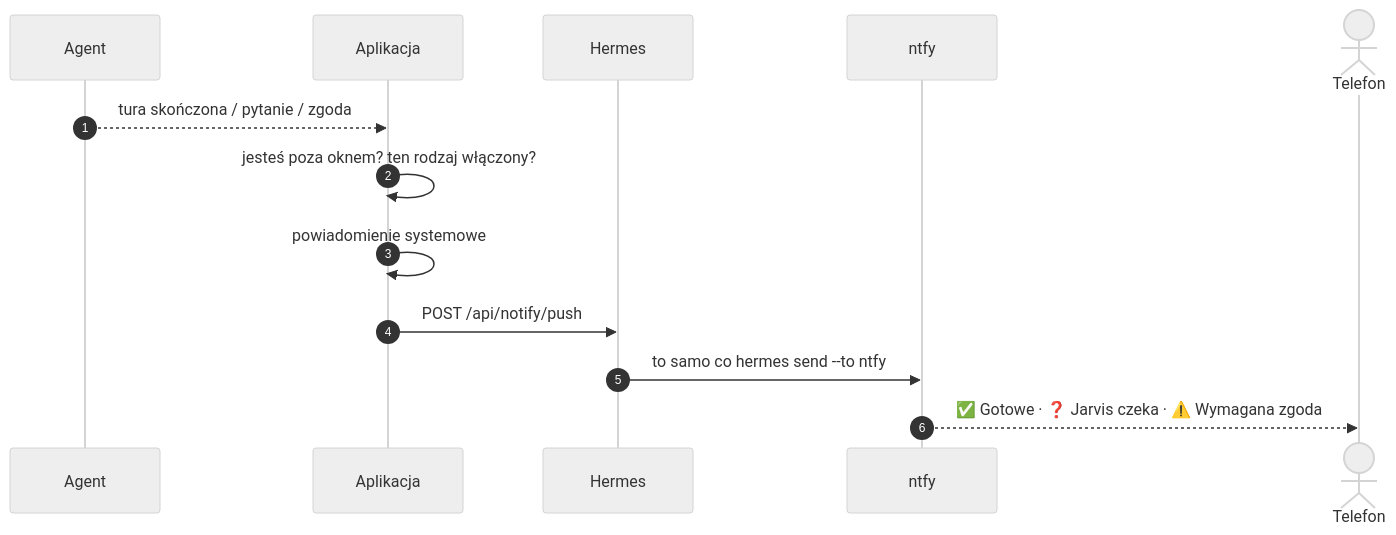
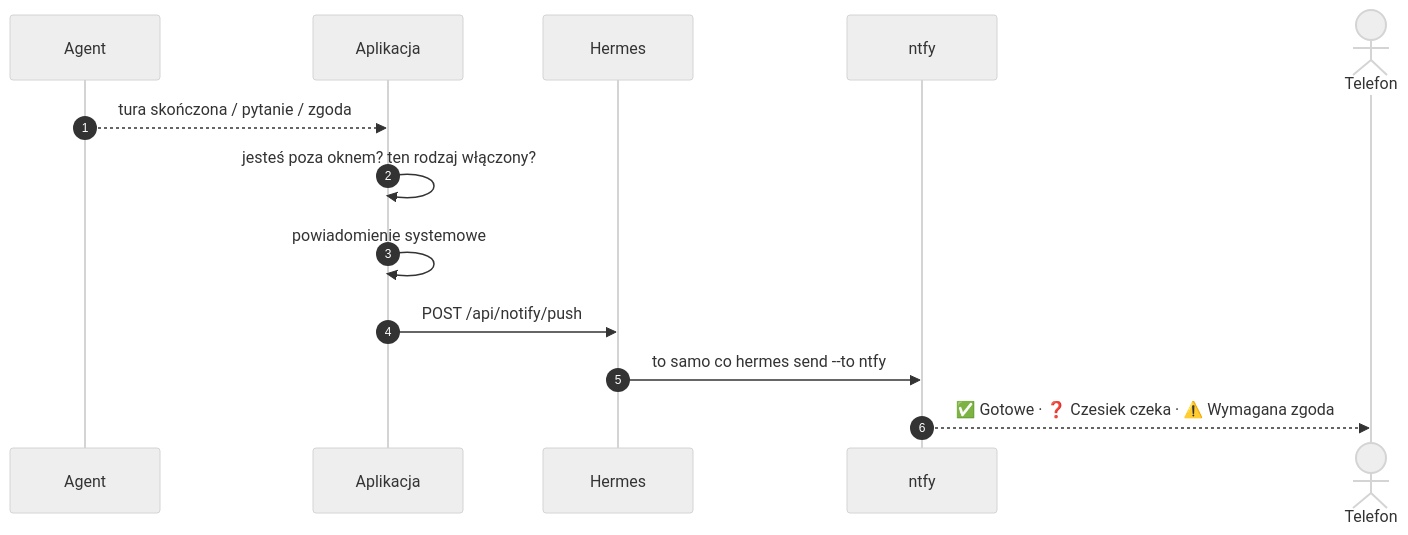
One commit to aievolutionpl/ai-evolution-jarvis changed diagram 12 of 14 in README.md. Above: the diagram before and after it, drawn with Mermaid (neutral theme). The commit also changed other lines of this file, not shown here.

Commit message:
docs(readme): narracja Agent Czesiek + szybki start na gorze, dlugie sekcje w dol (#44)

````diff
--- a/README.md
+++ b/README.md
@@ -564,15 +581,15 @@
 ```mermaid
 sequenceDiagram
     autonumber
     participant A as Agent
     participant App as Aplikacja
     participant H as Hermes
     participant N as ntfy
     actor T as Telefon
     A-->>App: tura skończona / pytanie / zgoda
     App->>App: jesteś poza oknem? ten rodzaj włączony?
     App->>App: powiadomienie systemowe
     App->>H: POST /api/notify/push
     H->>N: to samo co hermes send --to ntfy
-    N-->>T: ✅ Gotowe · ❓ Jarvis czeka · ⚠️ Wymagana zgoda
+    N-->>T: ✅ Gotowe · ❓ Czesiek czeka · ⚠️ Wymagana zgoda
 ```
````
